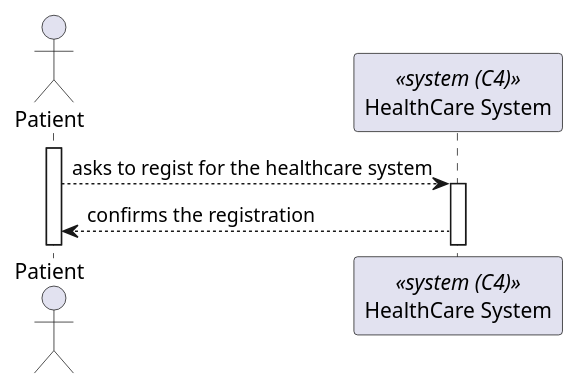
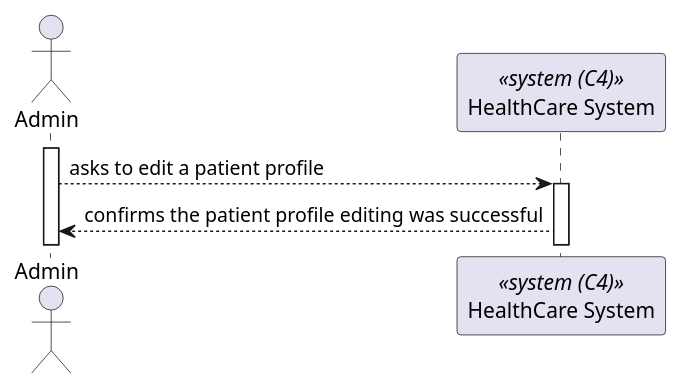
One commit to Lapr5G21/sem5pi-24-25-3ddg21 changed the diagram in docs/PatientProfileUpdate/views/level1/process-view.puml. Above: the diagram before and after it, drawn with PlantUML. The commit also changed 8 other files, not shown here.

Commit message:
Process Views Patient Profile Creation #9

```diff
--- a/docs/PatientProfileUpdate/views/level1/process-view.puml
+++ b/docs/PatientProfileUpdate/views/level1/process-view.puml
@@ -1,16 +1,14 @@
-@startuml
+@startuml Patient Profile Update (level 1)
 
-actor Patient as "Patient"
+actor Admin as "Admin"
 participant SYS as "HealthCare System" <<system (C4)>>
 
-activate Patient 
+activate Admin 
 
-Patient --> SYS : asks to regist for the healthcare system 
-
+Admin --> SYS : asks to edit a patient profile 
 
 activate SYS 
 
-SYS --> Patient : confirms the registration
-
+SYS --> Admin : confirms the patient profile editing was successful
 
 @enduml
```
